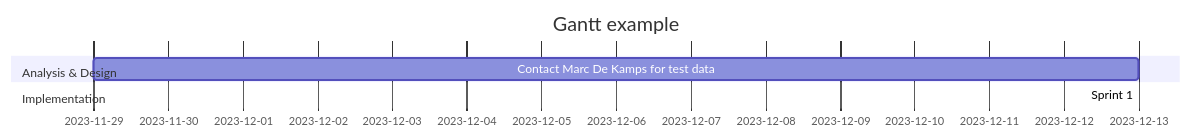
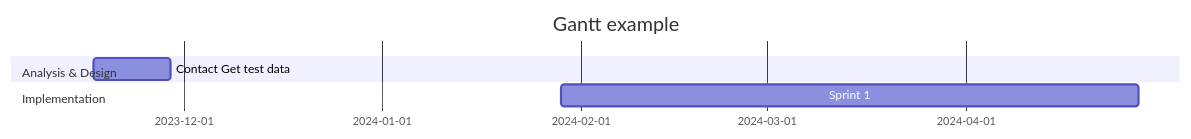
Before and after one commit to Paul0221/Year-3: the diagram in Individual Project Timeline.md, drawn with Mermaid. The commit also changed 1 other file, not shown here.

Commit message:
vault backup: 2023-11-15 15:50:43

````diff
--- a/Individual Project Timeline.md
+++ b/Individual Project Timeline.md
@@ -3,14 +3,14 @@
 ```mermaid
 
 gantt
 
 	title Gantt example
 	dateFormat DD-MM-YYYY
 	
 	section Analysis & Design
-	Contact Marc De Kamps for test data:active des1, 29-11-2023, 14d
+	Contact Get test data:active ade1, 17-11-2023, 12d
 	
 	section Implementation
-	Sprint 1: des
+	Sprint 1: imp1, 29-01-2024, 90d
 
 ```
````
